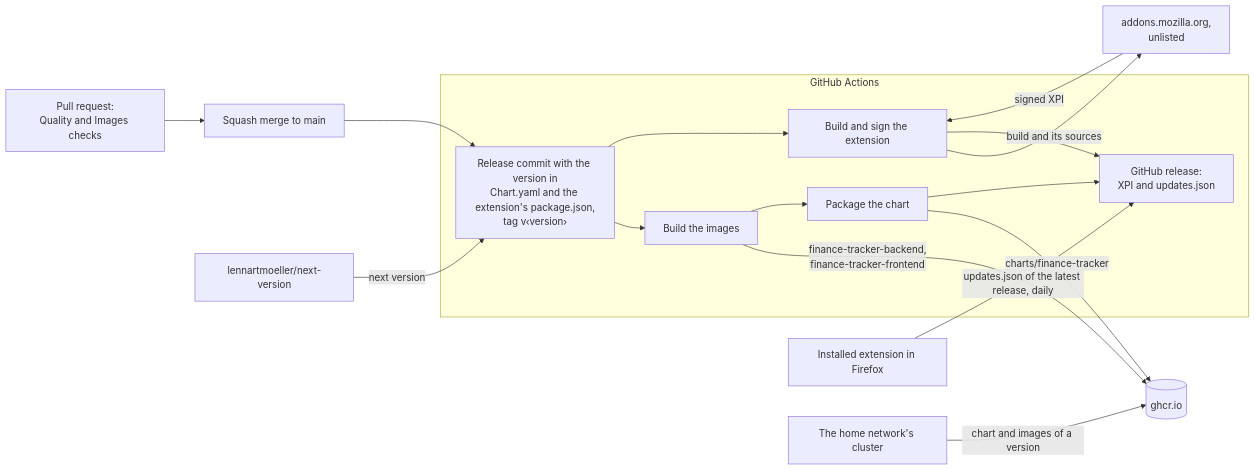
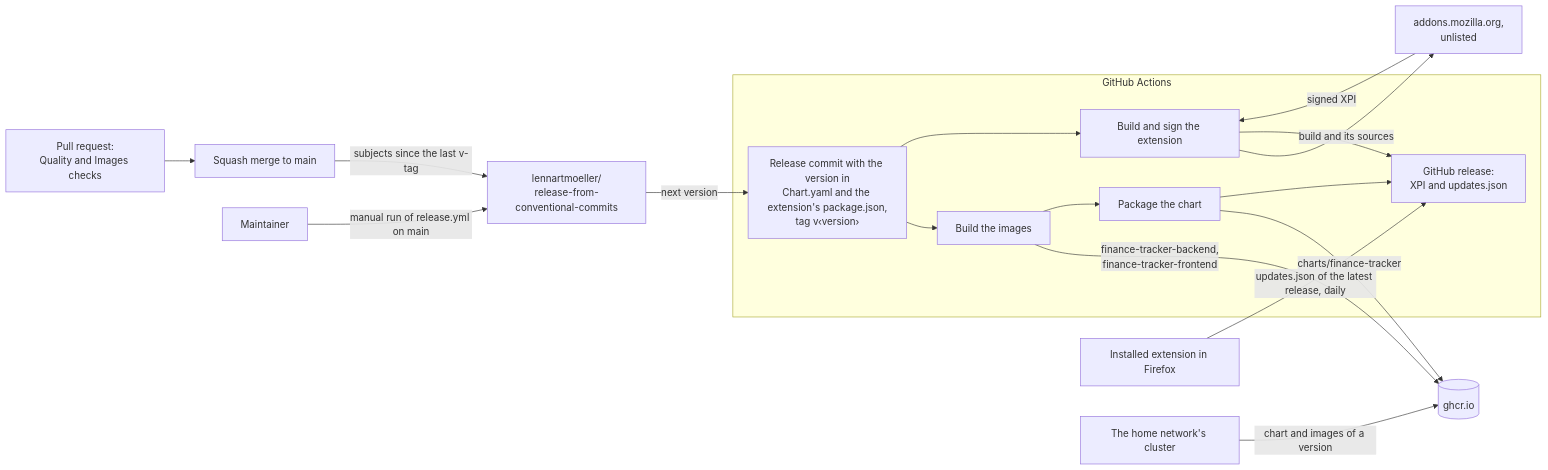
The third of 3 diagrams in docs/contract/hosting.md (lennartmoeller/finance-tracker), drawn with Mermaid before and after one commit. The commit also changed other lines of this file and 7 other files, not shown here.

````diff
--- a/docs/contract/hosting.md
+++ b/docs/contract/hosting.md
@@ -63,25 +63,27 @@
 ```mermaid
 flowchart LR
   pr["Pull request:<br/>Quality and Images checks"]
   merge["Squash merge to main"]
-  nextversion["lennartmoeller/next-version"]
+  maintainer["Maintainer"]
+  action["lennartmoeller/<br/>release-from-conventional-commits"]
   subgraph actions["GitHub Actions"]
     tag["Release commit with the version in<br/>Chart.yaml and the extension's package.json,<br/>tag v‹version›"]
     images["Build the images"]
     chart["Package the chart"]
     extension["Build and sign the extension"]
     release["GitHub release:<br/>XPI and updates.json"]
   end
   ghcr[("ghcr.io")]
   amo["addons.mozilla.org,<br/>unlisted"]
   firefox["Installed extension in Firefox"]
   cluster["The home network's cluster"]
-  pr --> merge --> tag
-  nextversion -- "next version" --> tag
+  pr --> merge -- "subjects since the last v-tag" --> action
+  maintainer -- "manual run of release.yml on main" --> action
+  action -- "next version" --> tag
   tag --> images -- "finance-tracker-backend,<br/>finance-tracker-frontend" --> ghcr
   images --> chart -- "charts/finance-tracker" --> ghcr
   tag --> extension -- "build and its sources" --> amo -- "signed XPI" --> extension
   chart & extension --> release
   firefox -- "updates.json of the latest release, daily" --> release
   cluster -- "chart and images of a version" --> ghcr
 ```
````
